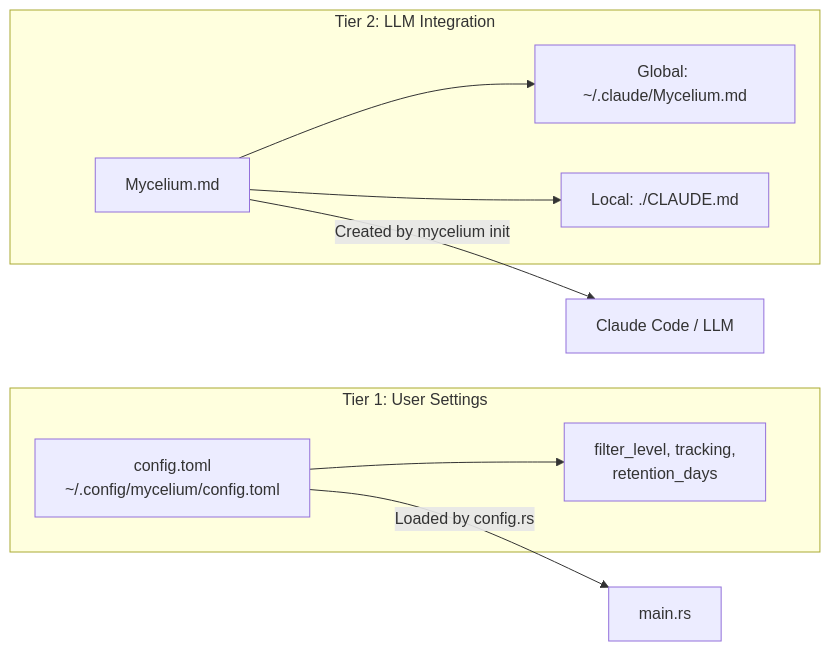
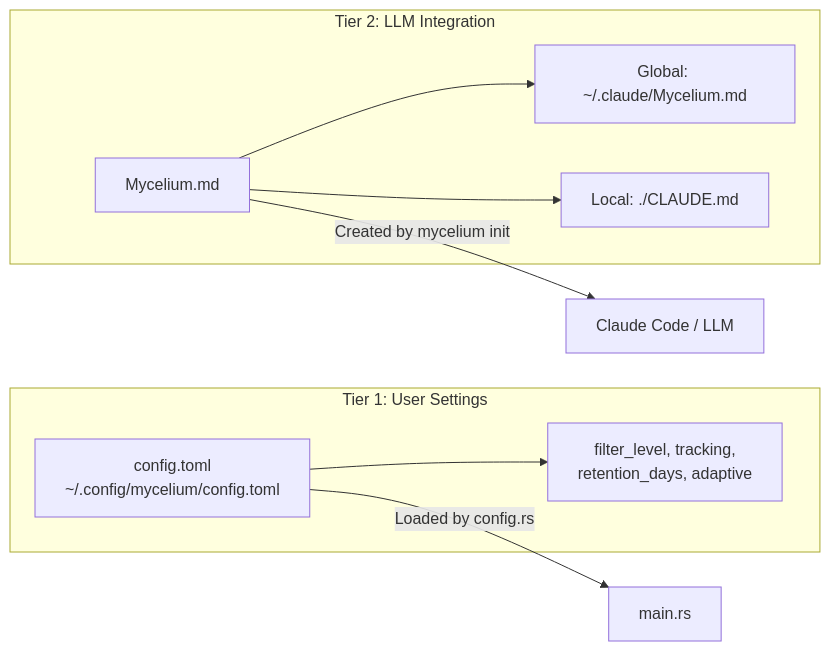
Before and after one commit to basidiocarp/mycelium: diagram 15 of 16 in docs/ARCHITECTURE.md, drawn with Mermaid. The commit also changed other lines of this file and 22 other files, not shown here.

````diff
--- a/docs/ARCHITECTURE.md
+++ b/docs/ARCHITECTURE.md
@@ -529,16 +552,16 @@
 ```mermaid
 flowchart LR
     subgraph T1["Tier 1: User Settings"]
         CFG["config.toml\n~/.config/mycelium/config.toml"]
-        CFG --> CFGD["filter_level, tracking,\nretention_days"]
+        CFG --> CFGD["filter_level, tracking,\nretention_days, adaptive"]
     end
 
     subgraph T2["Tier 2: LLM Integration"]
         CL["Mycelium.md"]
         CL --> CLG["Global: ~/.claude/Mycelium.md"]
         CL --> CLL["Local: ./CLAUDE.md"]
     end
 
     CFG --> |"Loaded by config.rs"| MAIN["main.rs"]
     CL --> |"Created by mycelium init"| LLM["Claude Code / LLM"]
 ```
````
